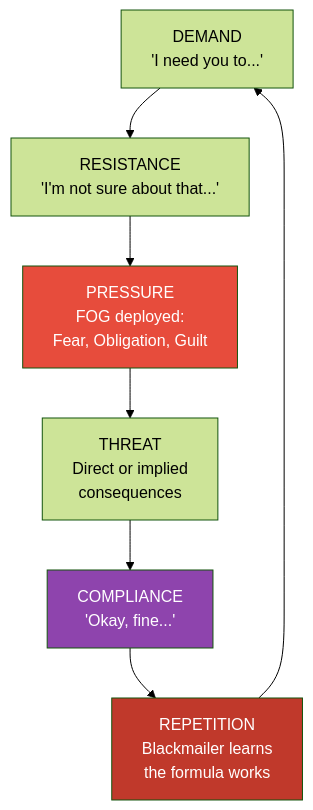
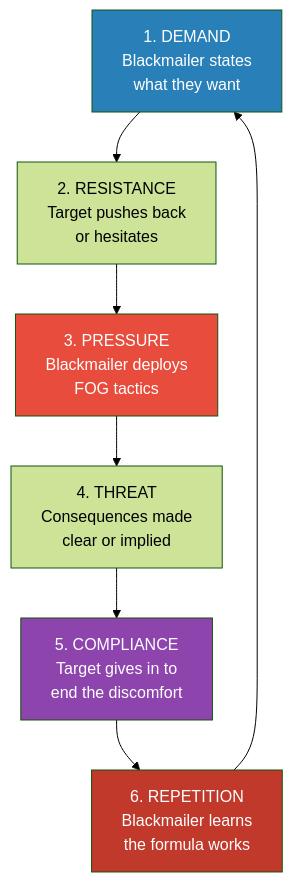
One commit to alius33/reader changed the first of 6 diagrams in summaries/Awareness & Protection/Emotional Blackmail - Susan Forward.md. Above: the diagram before and after it, drawn with Mermaid (forest theme). The commit also changed other lines of this file and 272 other files, not shown here.

````diff
--- a/summaries/Awareness & Protection/Emotional Blackmail - Susan Forward.md
+++ b/summaries/Awareness & Protection/Emotional Blackmail - Susan Forward.md
@@ -35,12 +90,13 @@
 ```mermaid
 flowchart TD
-    A["DEMAND\n'I need you to...'"] --> B["RESISTANCE\n'I'm not sure about that...'"]
-    B --> C["PRESSURE\nFOG deployed:\nFear, Obligation, Guilt"]
-    C --> D["THREAT\nDirect or implied\nconsequences"]
-    D --> E["COMPLIANCE\n'Okay, fine...'"]
-    E --> F["REPETITION\nBlackmailer learns\nthe formula works"]
+    A["1. DEMAND<br>Blackmailer states<br>what they want"] --> B["2. RESISTANCE<br>Target pushes back<br>or hesitates"]
+    B --> C["3. PRESSURE<br>Blackmailer deploys<br>FOG tactics"]
+    C --> D["4. THREAT<br>Consequences made<br>clear or implied"]
+    D --> E["5. COMPLIANCE<br>Target gives in to<br>end the discomfort"]
+    E --> F["6. REPETITION<br>Blackmailer learns<br>the formula works"]
     F --> A
+    style A fill:#2980b9,color:#fff
     style C fill:#e74c3c,color:#fff
     style E fill:#8e44ad,color:#fff
     style F fill:#c0392b,color:#fff
 ```
````
